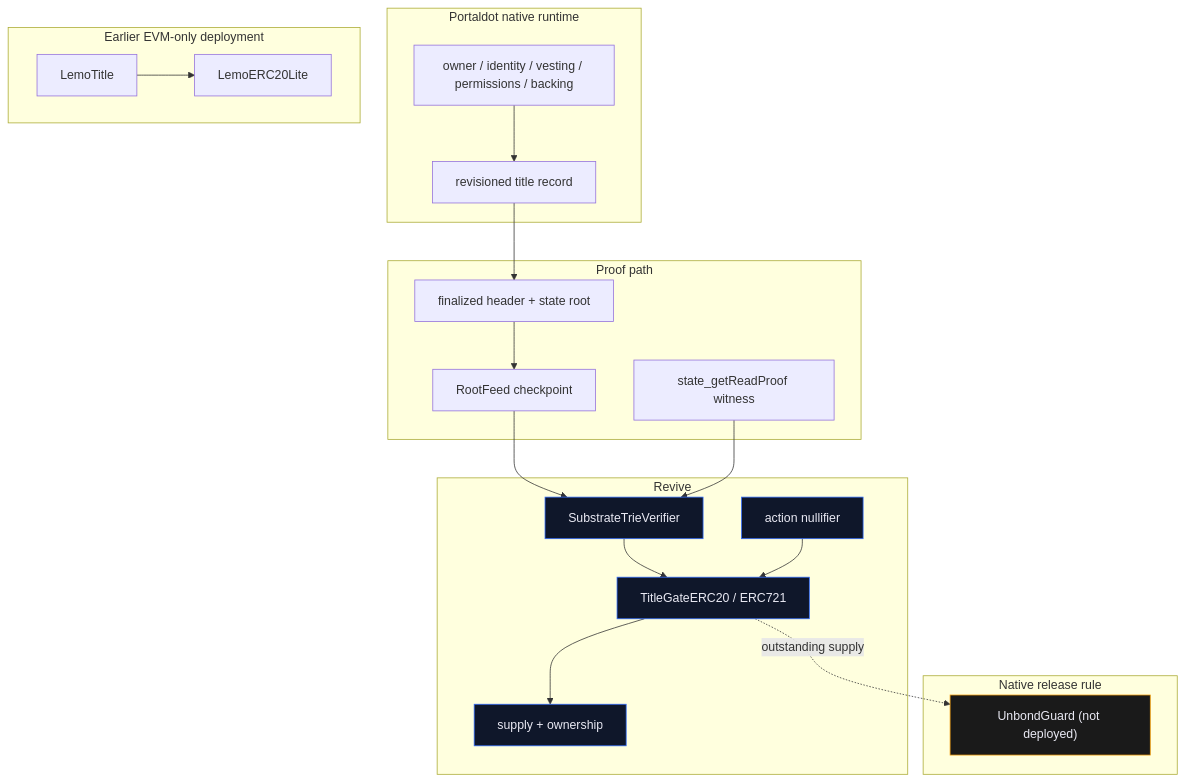
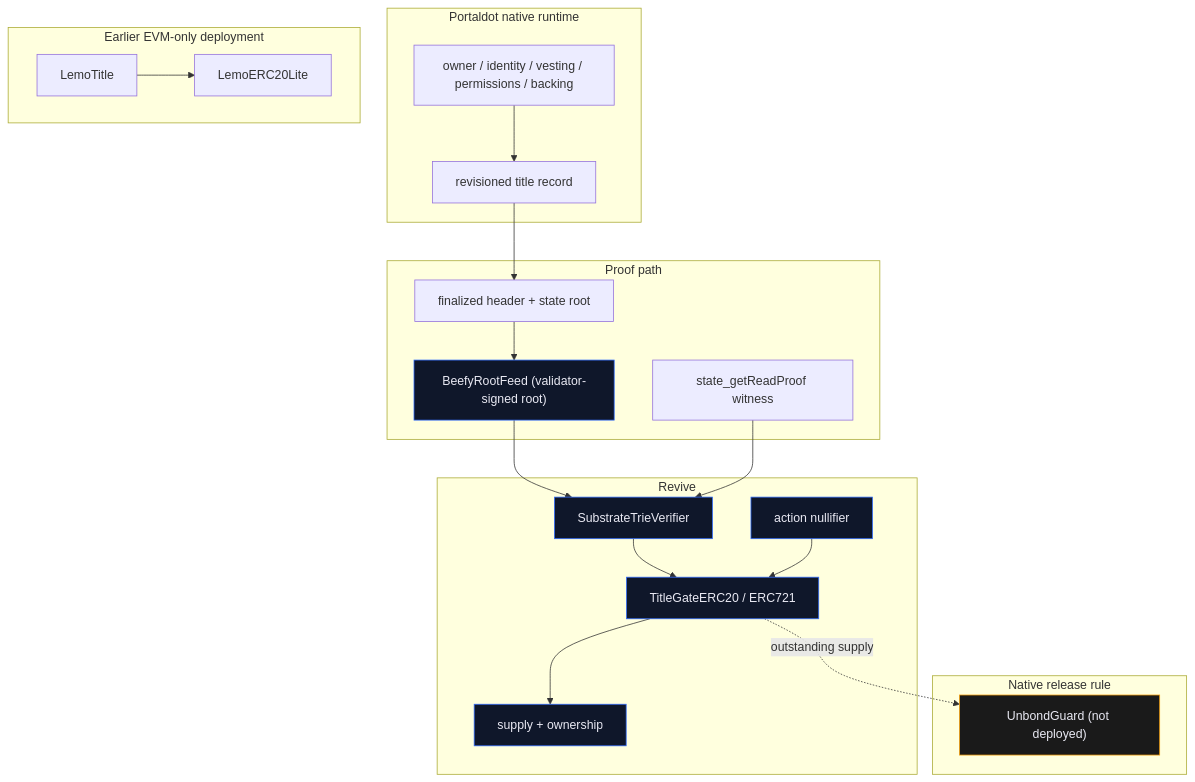
One commit to subheeksh5599/lemo changed the first of 2 diagrams in README.md. Above: the diagram before and after it, drawn with Mermaid. The commit also changed other lines of this file and 3 other files, not shown here.

Commit message:
docs: README and landing match the live chain: validator-signed roots, native state proven in the EVM, visitor-signed updates on the scanner, 1,279 tests

````diff
--- a/README.md
+++ b/README.md
@@ -195,44 +223,44 @@
 ```mermaid
 flowchart TB
     subgraph NATIVE["Portaldot native runtime"]
         A["owner / identity / vesting / permissions / backing"]
         B["revisioned title record"]
         A --> B
     end
 
     subgraph PROOF["Proof path"]
         C["finalized header + state root"]
         D["state_getReadProof witness"]
-        E["RootFeed checkpoint"]
+        E["BeefyRootFeed (validator-signed root)"]
         B --> C
         C --> E
     end
 
     subgraph REVIVE["Revive"]
         F["SubstrateTrieVerifier"]
         G["TitleGateERC20 / ERC721"]
         H["supply + ownership"]
         I["action nullifier"]
         E --> F
         D --> F
         F --> G
         G --> H
         I --> G
     end
 
     subgraph GUARD["Native release rule"]
         J["UnbondGuard (not deployed)"]
         G -. "outstanding supply" .-> J
     end
 
     subgraph LEGACY["Earlier EVM-only deployment"]
         K["LemoTitle"]
         L["LemoERC20Lite"]
         K --> L
     end
 
     classDef live fill:#0f172a,stroke:#2f6bff,color:#e9e9f3
     classDef pending fill:#1a1a1a,stroke:#f59e0b,color:#e9e9f3
-    class F,G,H,I live
+    class E,F,G,H,I live
     class J pending
 ```
````
